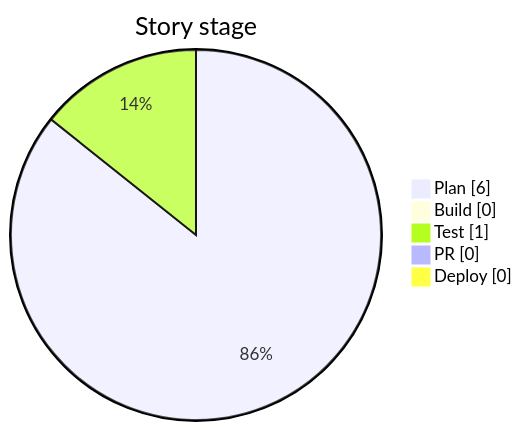
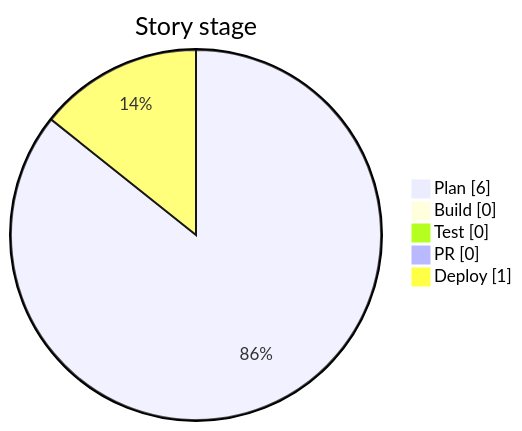
One commit to compadrejunior/postman-demo changed the first of 2 diagrams in docs/project/DASHBOARD.md. Above: the diagram before and after it, drawn with Mermaid. The commit also changed other lines of this file and 5 other files, not shown here.

````diff
--- a/docs/project/DASHBOARD.md
+++ b/docs/project/DASHBOARD.md
@@ -11,9 +11,9 @@
 ```mermaid
 pie showData
     title Story stage
     "Plan" : 6
     "Build" : 0
-    "Test" : 1
+    "Test" : 0
     "PR" : 0
-    "Deploy" : 0
+    "Deploy" : 1
 ```
````
